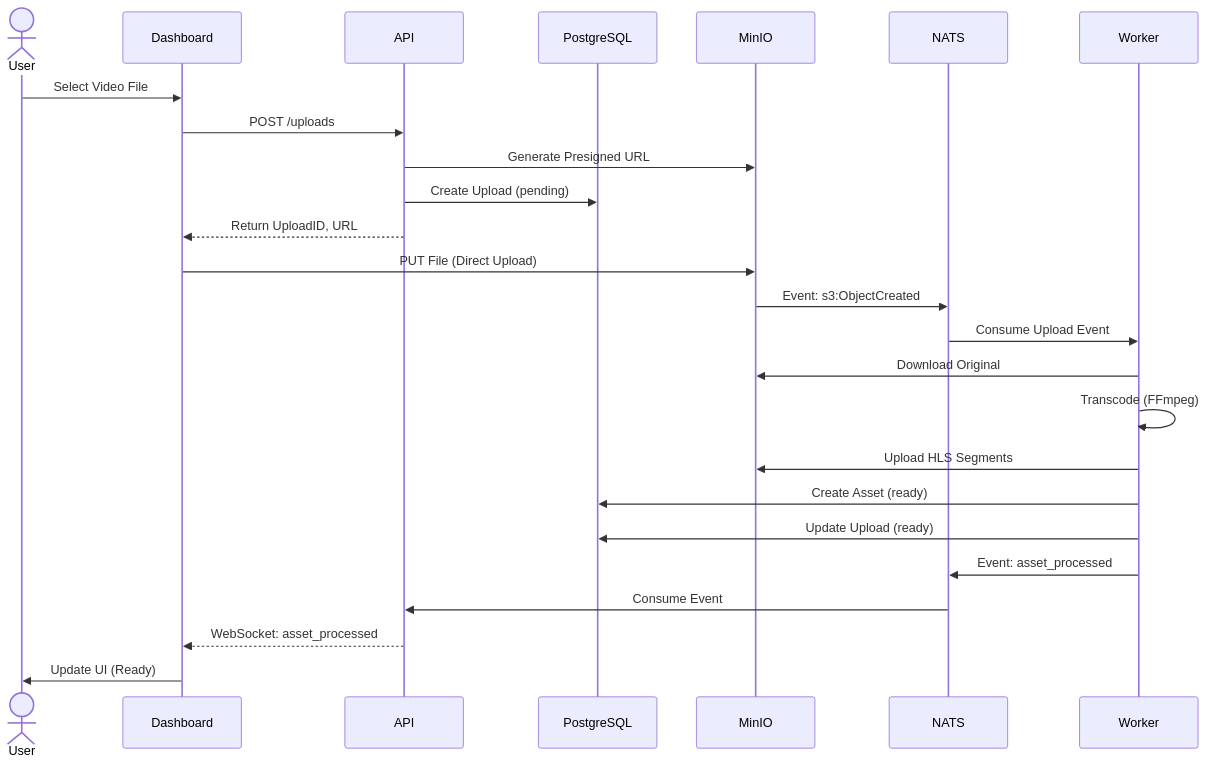
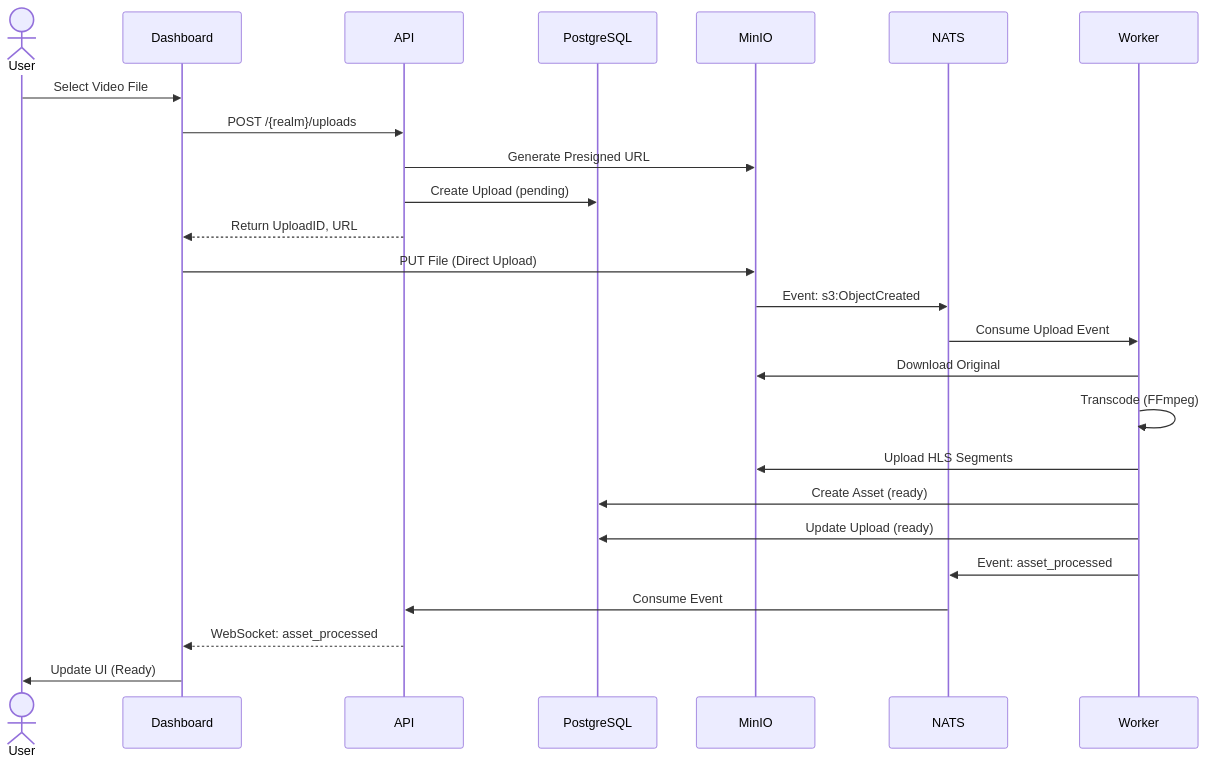
Before and after one commit to OZIOisgood/gamma: the third of 4 diagrams in README.md, drawn with Mermaid. The commit also changed other lines of this file and 69 other files, not shown here.

````diff
--- a/README.md
+++ b/README.md
@@ -94,31 +150,31 @@
 ```mermaid
 sequenceDiagram
     actor User
     participant Dash as Dashboard
     participant API
     participant DB as PostgreSQL
     participant S3 as MinIO
     participant NATS
     participant Worker
 
     User->>Dash: Select Video File
-    Dash->>API: POST /uploads
+    Dash->>API: POST /{realm}/uploads
     API->>S3: Generate Presigned URL
     API->>DB: Create Upload (pending)
     API-->>Dash: Return UploadID, URL
     
     Dash->>S3: PUT File (Direct Upload)
     S3->>NATS: Event: s3:ObjectCreated
     
     NATS->>Worker: Consume Upload Event
     Worker->>S3: Download Original
     Worker->>Worker: Transcode (FFmpeg)
     Worker->>S3: Upload HLS Segments
     Worker->>DB: Create Asset (ready)
     Worker->>DB: Update Upload (ready)
     
     Worker->>NATS: Event: asset_processed
     NATS->>API: Consume Event
     API-->>Dash: WebSocket: asset_processed
     Dash->>User: Update UI (Ready)
 ```
````
